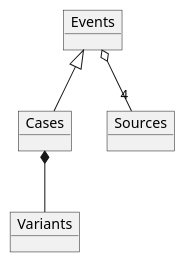
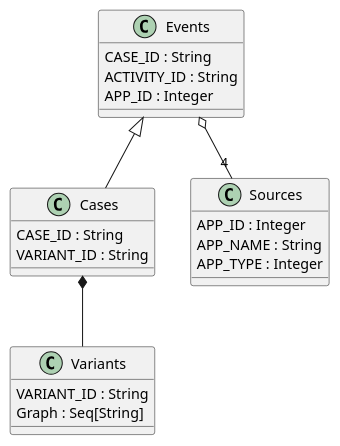
The diagram in flow.md (fcenedes/flows), drawn with PlantUML before and after one commit.

```diff
--- a/flow.md
+++ b/flow.md
@@ -20,11 +20,30 @@
 @startuml
-object Events 
-object Cases
-object Variants
-object Sources
+  
+class Events {
+   CASE_ID : String
+   ACTIVITY_ID : String
+   APP_ID : Integer
+}
+
+class Cases {
+   CASE_ID : String
+   VARIANT_ID : String
+}
+
+class Variants {
+   VARIANT_ID : String
+   Graph : Seq[String]
+}
+
+class Sources {
+   APP_ID : Integer
+   APP_NAME : String
+   APP_TYPE : Integer
+}
+
 
 
 Events <|-- Cases
 Cases *-- Variants
 Events o-- "4" Sources
 @enduml
```
